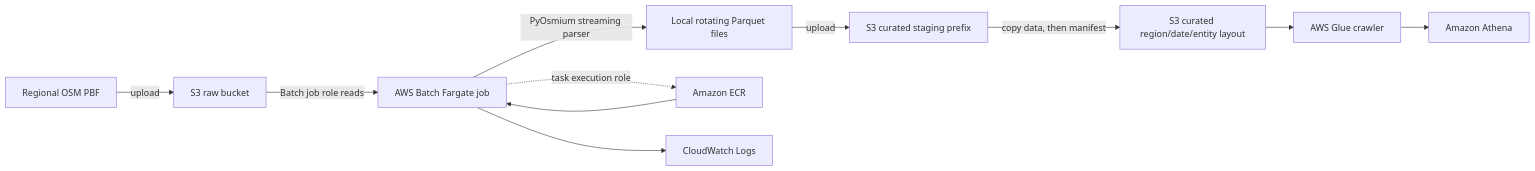
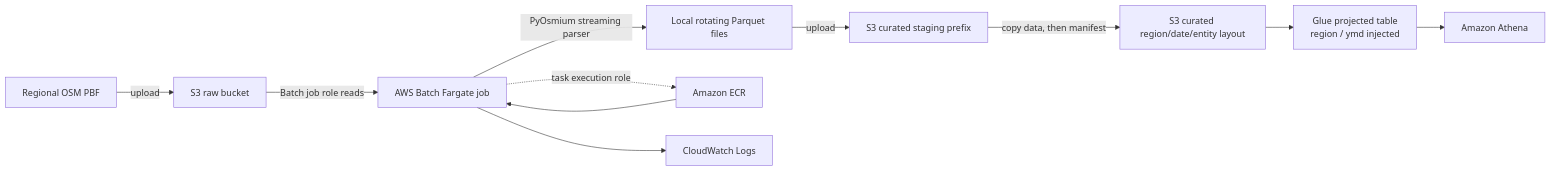
The diagram in docs/architecture.mmd (aarigonimi/aws-pbf-dataparser), drawn with Mermaid before and after one commit. The commit also changed 15 other files, not shown here.

Commit message:
Replace Glue crawler with projected table

```diff
--- a/docs/architecture.mmd
+++ b/docs/architecture.mmd
@@ -1,12 +1,12 @@
 flowchart LR
     PBF[Regional OSM PBF] -->|upload| RAW[S3 raw bucket]
     RAW -->|Batch job role reads| JOB[AWS Batch Fargate job]
     JOB -->|PyOsmium streaming parser| PARQUET[Local rotating Parquet files]
     PARQUET -->|upload| STAGE[S3 curated staging prefix]
     STAGE -->|copy data, then manifest| CURATED[S3 curated region/date/entity layout]
-    CURATED --> CRAWLER[AWS Glue crawler]
-    CRAWLER --> ATHENA[Amazon Athena]
+    CURATED --> CATALOG[Glue projected table<br/>region / ymd injected]
+    CATALOG --> ATHENA[Amazon Athena]
 
     ECR[Amazon ECR] --> JOB
     JOB --> CW[CloudWatch Logs]
     JOB -. task execution role .-> ECR
```
